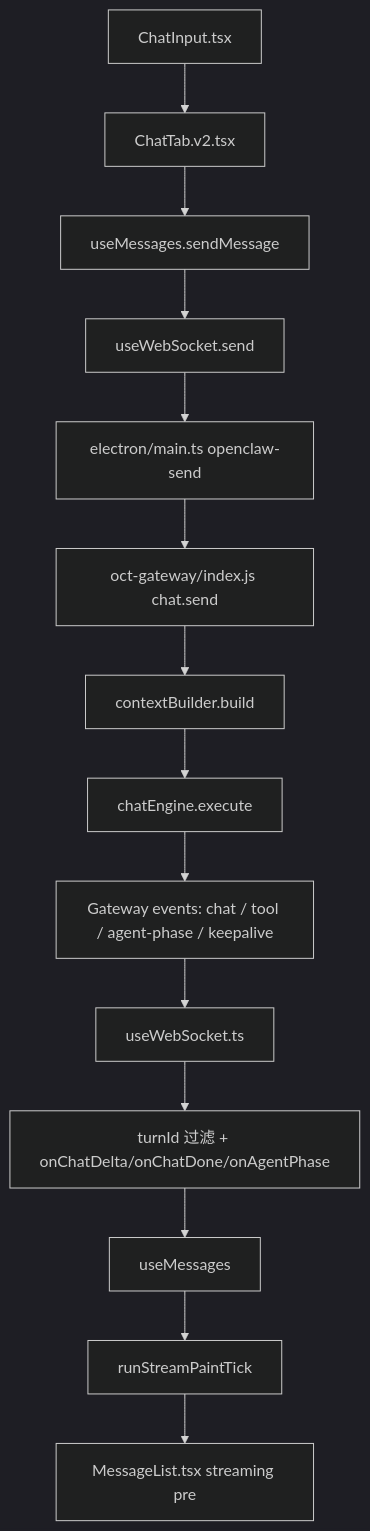
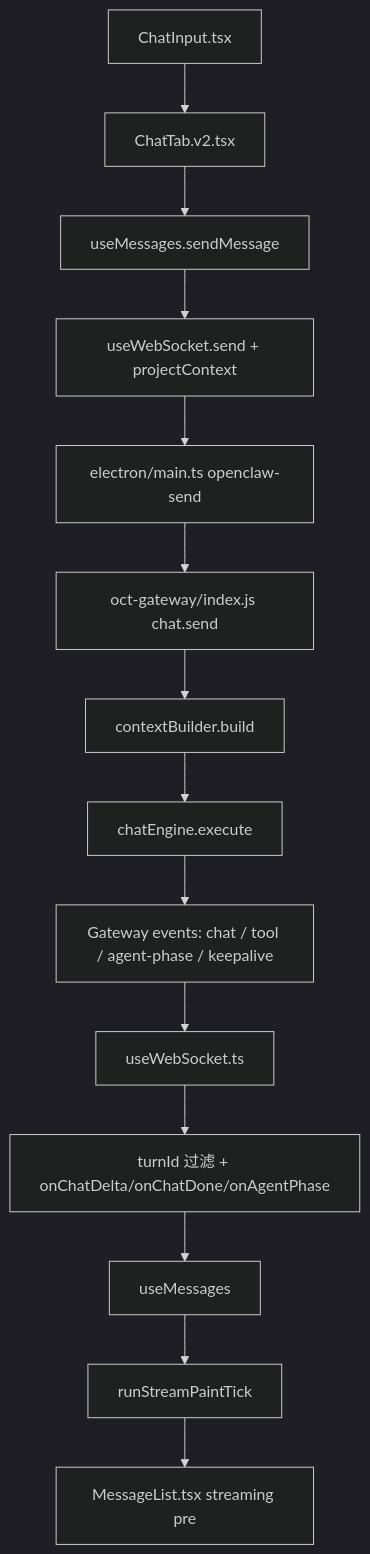
The diagram in docs/00_ai_entry/chat-stream-entry.md (zl585451/openclaw-terminal), drawn with Mermaid (dark theme) before and after one commit. The commit also changed other lines of this file and 10 other files, not shown here.

Commit message:
feat(project): add active project context pipeline

````diff
--- a/docs/00_ai_entry/chat-stream-entry.md
+++ b/docs/00_ai_entry/chat-stream-entry.md
@@ -17,16 +17,16 @@
 ```mermaid
 flowchart TD
   A[ChatInput.tsx] --> B[ChatTab.v2.tsx]
   B --> C[useMessages.sendMessage]
-  C --> D[useWebSocket.send]
+  C --> D[useWebSocket.send + projectContext]
   D --> E[electron/main.ts openclaw-send]
   E --> F[oct-gateway/index.js chat.send]
   F --> G[contextBuilder.build]
   G --> H[chatEngine.execute]
   H --> I[Gateway events: chat / tool / agent-phase / keepalive]
   I --> J[useWebSocket.ts]
   J --> K[turnId 过滤 + onChatDelta/onChatDone/onAgentPhase]
   K --> L[useMessages]
   L --> M[runStreamPaintTick]
   M --> N[MessageList.tsx streaming pre]
 ```
````
